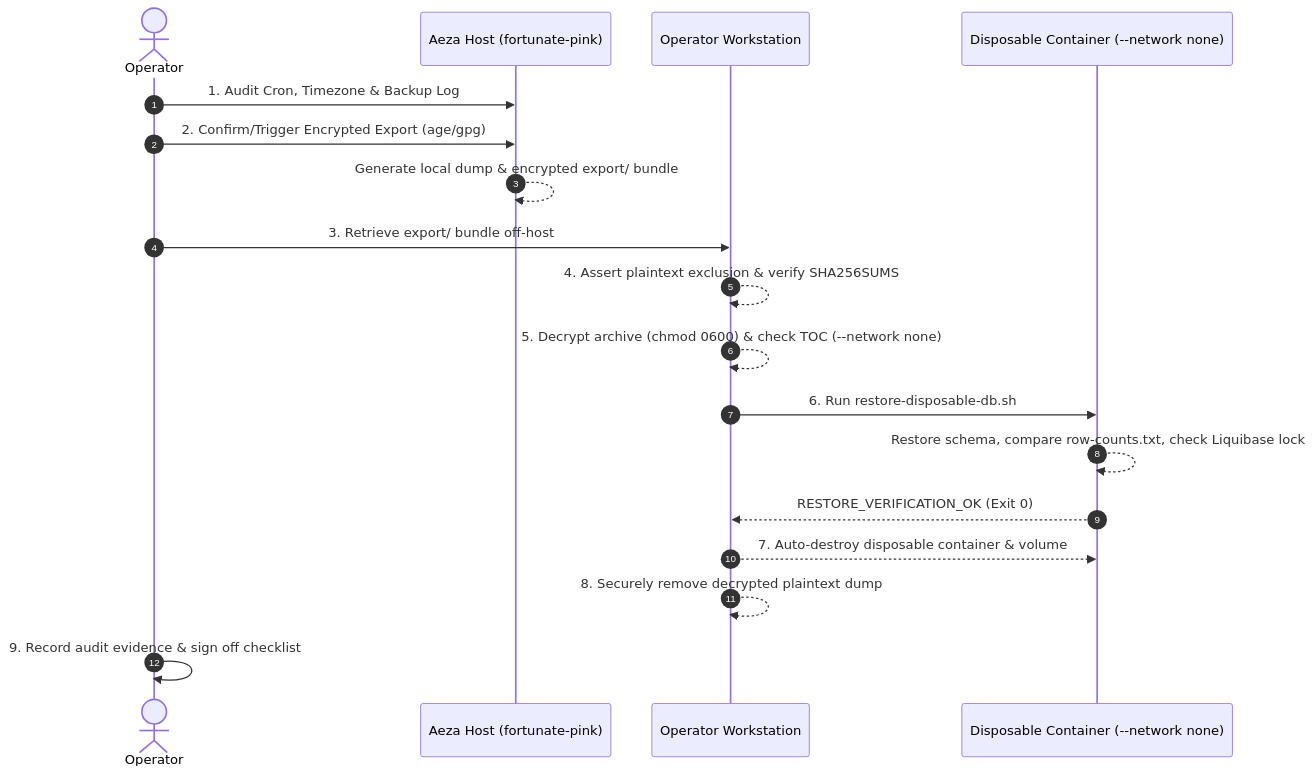
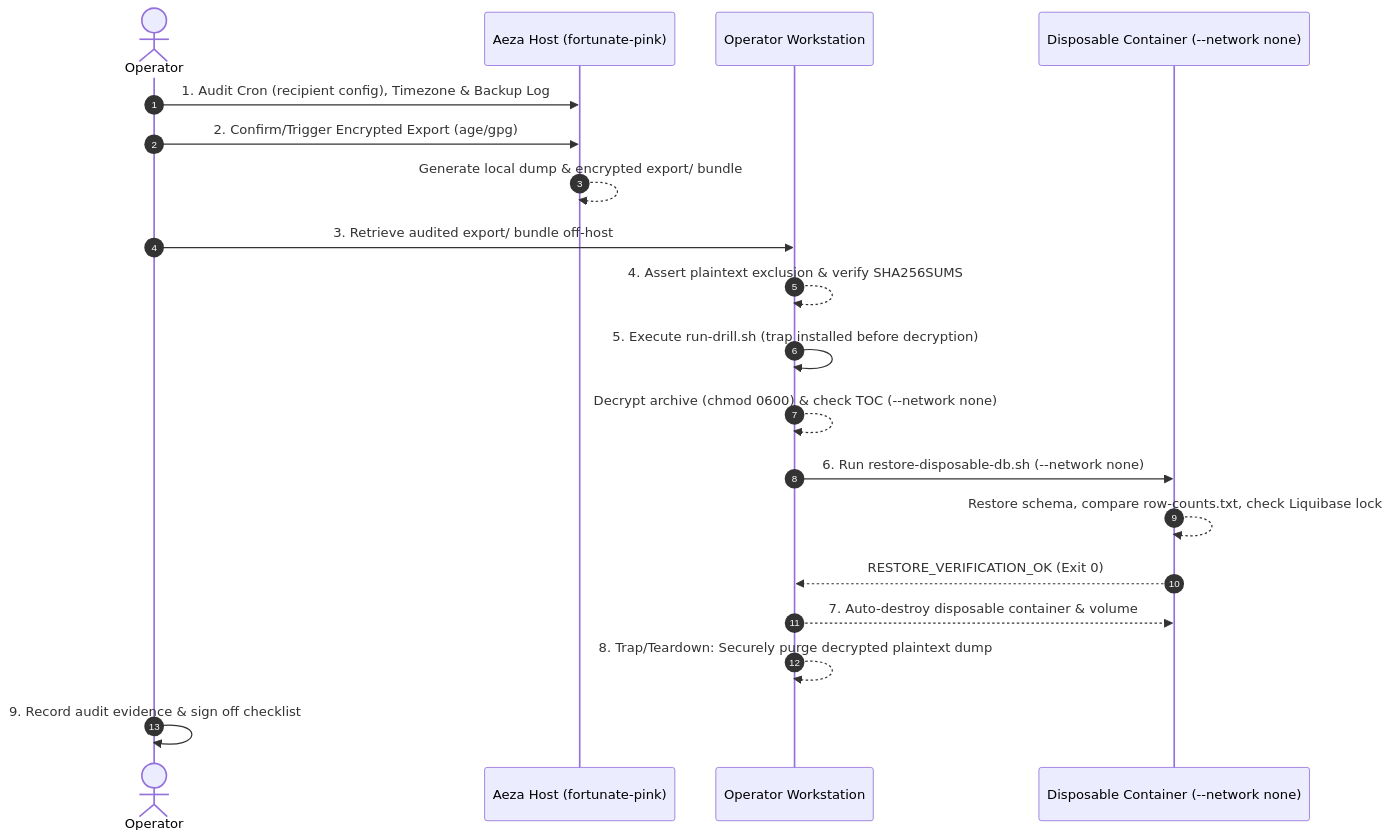
Before and after one commit to larchanka-training/dmc-1-t2-notebook-mono: the diagram in docs/backup-restore-drill-runbook.md, drawn with Mermaid. The commit also changed other lines of this file, not shown here.

Commit message:
docs(ops): resolve re-review findings R1-R2 with workstation cleanup trap and cron recipient audit

````diff
--- a/docs/backup-restore-drill-runbook.md
+++ b/docs/backup-restore-drill-runbook.md
@@ -65,21 +65,22 @@
 ```mermaid
 sequenceDiagram
     autonumber
     actor Operator
     participant Aeza as Aeza Host (fortunate-pink)
     participant Workstation as Operator Workstation
     participant Disposable as Disposable Container (--network none)
 
-    Operator->>Aeza: 1. Audit Cron, Timezone & Backup Log
+    Operator->>Aeza: 1. Audit Cron (recipient config), Timezone & Backup Log
     Operator->>Aeza: 2. Confirm/Trigger Encrypted Export (age/gpg)
     Aeza-->>Aeza: Generate local dump & encrypted export/ bundle
-    Operator->>Workstation: 3. Retrieve export/ bundle off-host
+    Operator->>Workstation: 3. Retrieve audited export/ bundle off-host
     Workstation-->>Workstation: 4. Assert plaintext exclusion & verify SHA256SUMS
-    Workstation-->>Workstation: 5. Decrypt archive (chmod 0600) & check TOC (--network none)
-    Workstation->>Disposable: 6. Run restore-disposable-db.sh
+    Workstation->>Workstation: 5. Execute run-drill.sh (trap installed before decryption)
+    Workstation-->>Workstation: Decrypt archive (chmod 0600) & check TOC (--network none)
+    Workstation->>Disposable: 6. Run restore-disposable-db.sh (--network none)
     Disposable-->>Disposable: Restore schema, compare row-counts.txt, check Liquibase lock
     Disposable-->>Workstation: RESTORE_VERIFICATION_OK (Exit 0)
     Workstation-->>Disposable: 7. Auto-destroy disposable container & volume
-    Workstation-->>Workstation: 8. Securely remove decrypted plaintext dump
+    Workstation-->>Workstation: 8. Trap/Teardown: Securely purge decrypted plaintext dump
     Operator->>Operator: 9. Record audit evidence & sign off checklist
 ```
````
